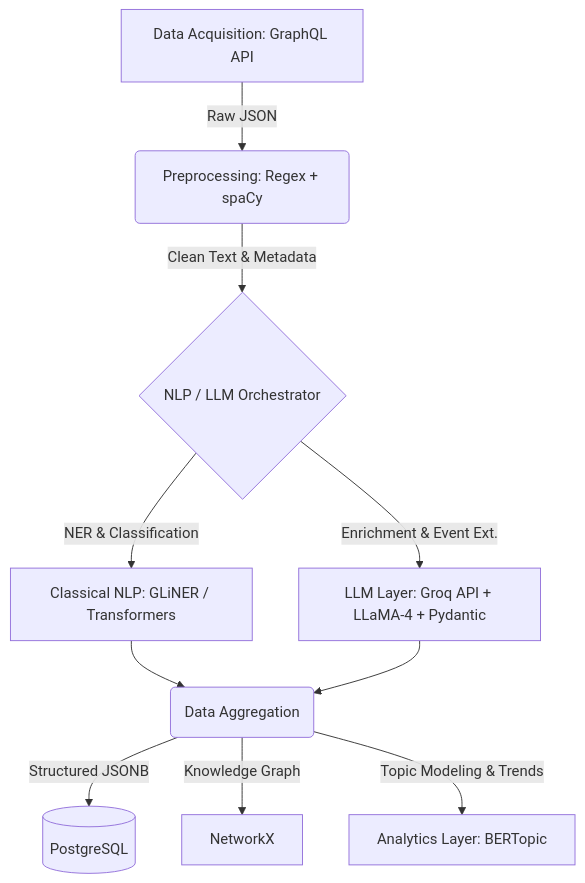
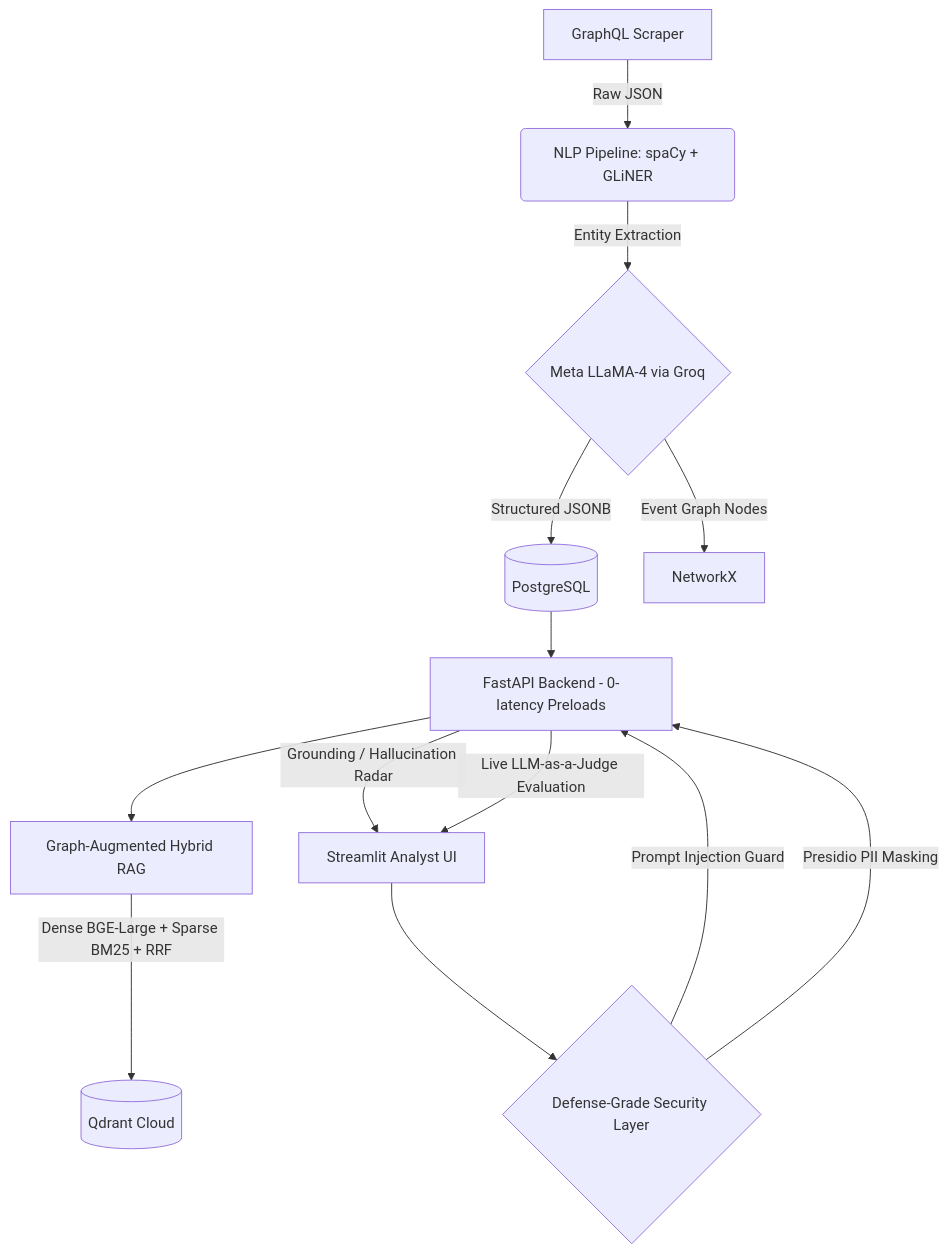
Before and after one commit to shxvansh/Maritime-News-Intelligence-Pipeline: the diagram in README.md, drawn with Mermaid. The commit also changed other lines of this file and 9 other files, not shown here.

````diff
--- a/README.md
+++ b/README.md
@@ -10,15 +10,19 @@
 ```mermaid
 graph TD
-    A[Data Acquisition: GraphQL API] -->|Raw JSON| B(Preprocessing: Regex + spaCy)
-    B -->|Clean Text & Metadata| C{NLP / LLM Orchestrator}
+    A[GraphQL Scraper] -->|Raw JSON| B(NLP Pipeline: spaCy + GLiNER)
+    B -->|Entity Extraction| C{Meta LLaMA-4 via Groq}
     
-    C -->|NER & Classification| D[Classical NLP: GLiNER / Transformers]
-    C -->|Enrichment & Event Ext.| E[LLM Layer: Groq API + LLaMA-4 + Pydantic]
+    C -->|Structured JSONB| D[(PostgreSQL)]
+    C -->|Event Graph Nodes| E[NetworkX]
     
-    D --> F(Data Aggregation)
-    E --> F
+    D --> F[FastAPI Backend - 0-latency Preloads]
+    F --> G[Graph-Augmented Hybrid RAG]
     
-    F -->|Structured JSONB| G[(PostgreSQL)]
-    F -->|Knowledge Graph| H[NetworkX]
-    F -->|Topic Modeling & Trends| I[Analytics Layer: BERTopic]
+    G -->|Dense BGE-Large + Sparse BM25 + RRF| H[(Qdrant Cloud)]
+    
+    I[Streamlit Analyst UI] --> J{Defense-Grade Security Layer}
+    J -->|Prompt Injection Guard| F
+    J -->|Presidio PII Masking| F
+    F -->|Grounding / Hallucination Radar| I
+    F -->|Live LLM-as-a-Judge Evaluation| I
 ```
````
